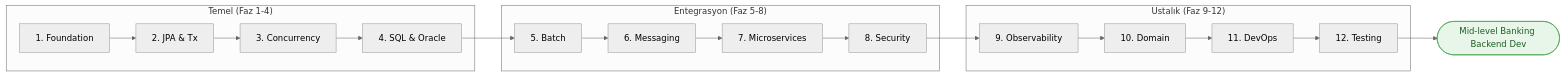
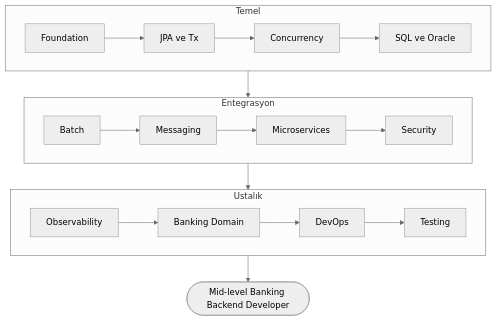
The diagram in README.md (adraarda23/banking-learning), drawn with Mermaid (neutral theme) before and after one commit. The commit also changed other lines of this file and 37 other files, not shown here.

````diff
--- a/README.md
+++ b/README.md
@@ -7,17 +7,16 @@
 ```mermaid
-flowchart LR
-    subgraph Temel["Temel (Faz 1-4)"]
-        F1["1. Foundation"] --> F2["2. JPA & Tx"] --> F3["3. Concurrency"] --> F4["4. SQL & Oracle"]
+flowchart TD
+    subgraph Temel["Temel"]
+        direction LR
+        F1["Foundation"] --> F2["JPA ve Tx"] --> F3["Concurrency"] --> F4["SQL ve Oracle"]
     end
-    subgraph Entegrasyon["Entegrasyon (Faz 5-8)"]
-        F5["5. Batch"] --> F6["6. Messaging"] --> F7["7. Microservices"] --> F8["8. Security"]
+    subgraph Entegrasyon["Entegrasyon"]
+        direction LR
+        F5["Batch"] --> F6["Messaging"] --> F7["Microservices"] --> F8["Security"]
     end
-    subgraph Ustalik["Ustalık (Faz 9-12)"]
-        F9["9. Observability"] --> F10["10. Domain"] --> F11["11. DevOps"] --> F12["12. Testing"]
+    subgraph Ustalik["Ustalık"]
+        direction LR
+        F9["Observability"] --> F10["Banking Domain"] --> F11["DevOps"] --> F12["Testing"]
     end
-    F4 --> F5
-    F8 --> F9
-    F12 --> HEDEF(["Mid-level Banking Backend Dev"])
-
-    style HEDEF fill:#e8f5e9,stroke:#43a047,color:#1b5e20
+    Temel --> Entegrasyon --> Ustalik --> HEDEF(["Mid-level Banking Backend Developer"])
 ```
````
